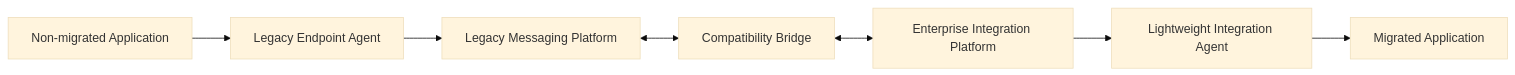
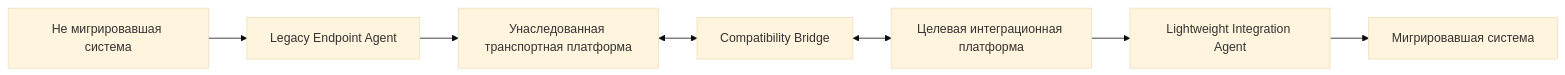
The second of 4 diagrams in README.md (NesmachnyDN/enterprise-integration-migration-case), drawn with Mermaid (base theme) before and after one commit. The commit also changed other lines of this file, not shown here.

````diff
--- a/README.md
+++ b/README.md
@@ -83,9 +83,9 @@
 ```mermaid
 flowchart LR
-    A[Non-migrated Application] --> L[Legacy Endpoint Agent]
-    L --> LP[Legacy Messaging Platform]
+    A[Не мигрировавшая система] --> L[Legacy Endpoint Agent]
+    L --> LP[Унаследованная транспортная платформа]
     LP <--> BR[Compatibility Bridge]
-    BR <--> NP[Enterprise Integration Platform]
+    BR <--> NP[Целевая интеграционная платформа]
     NP --> N[Lightweight Integration Agent]
-    N --> B[Migrated Application]
+    N --> B[Мигрировавшая система]
 ```
````
